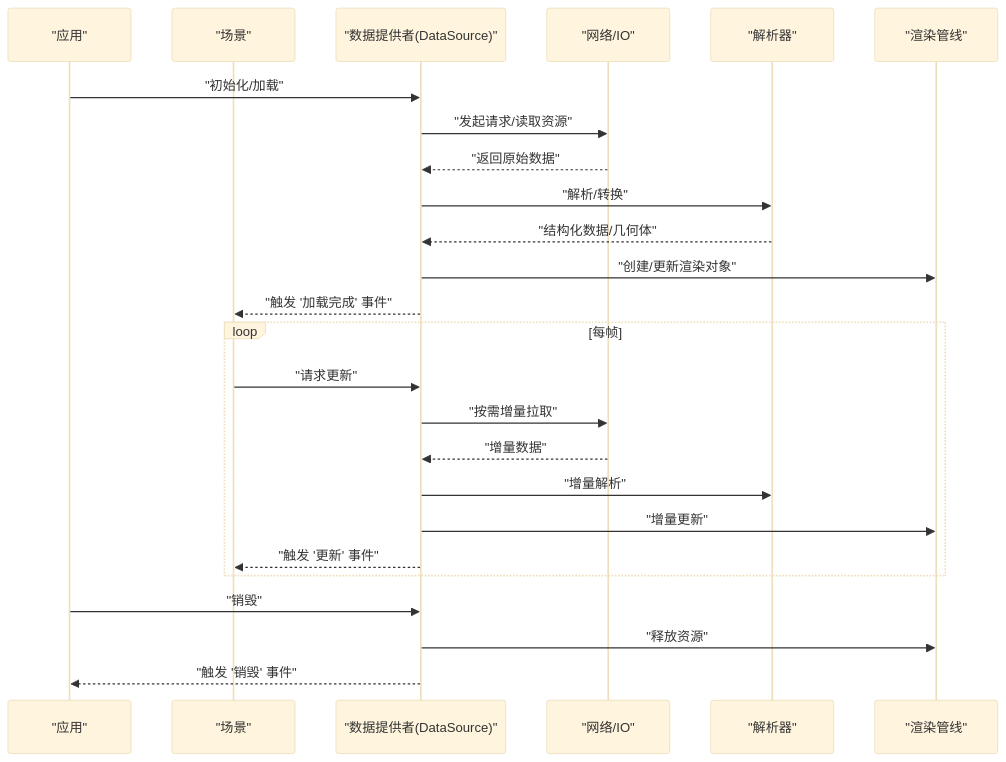
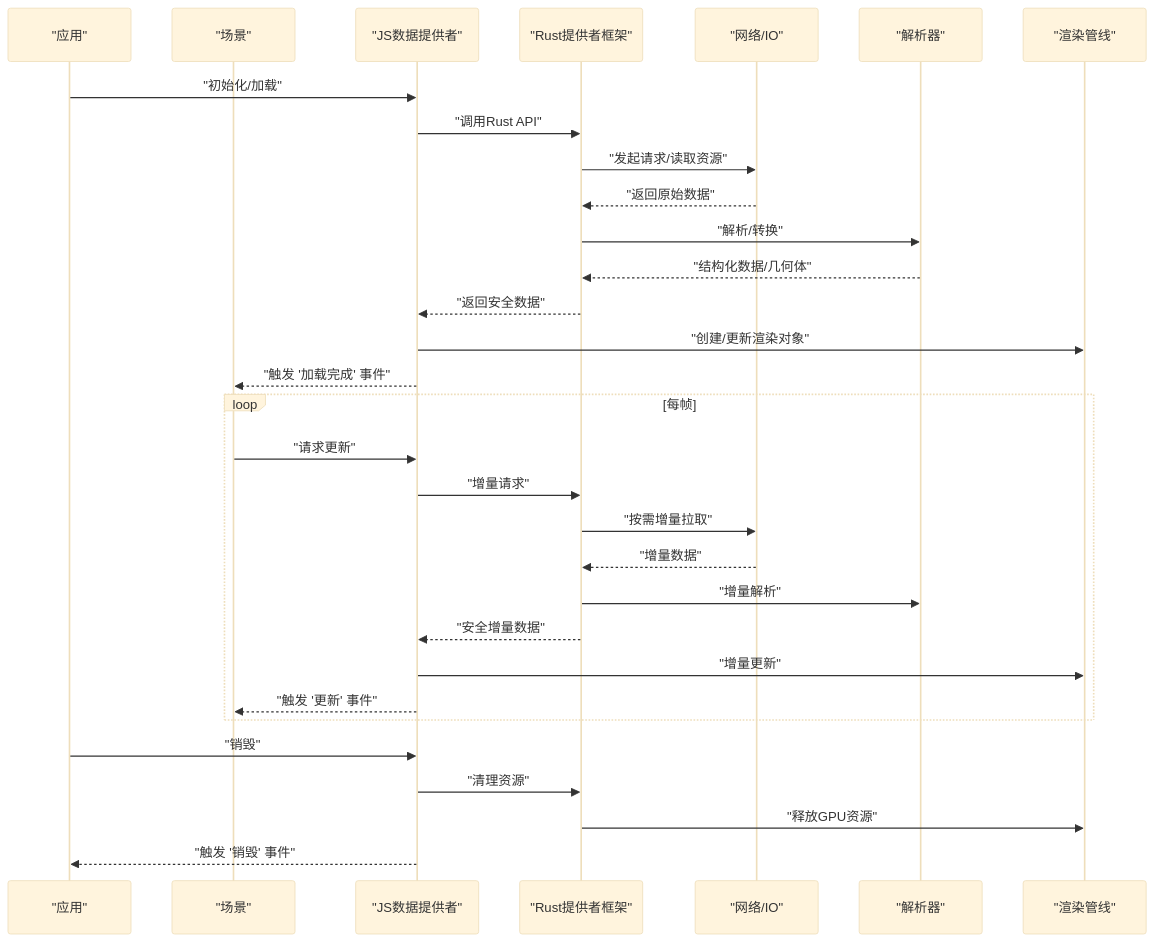
Before and after one commit to rzhangjing/cesium: the second of 6 diagrams in .qoder/repowiki/zh/content/数据提供者/数据提供者架构.md, drawn with Mermaid (base theme). The commit also changed other lines of this file and 74 other files, not shown here.

````diff
--- a/.qoder/repowiki/zh/content/数据提供者/数据提供者架构.md
+++ b/.qoder/repowiki/zh/content/数据提供者/数据提供者架构.md
@@ -68,27 +94,33 @@
 ```mermaid
 sequenceDiagram
 participant App as "应用"
 participant Scene as "场景"
-participant DS as "数据提供者(DataSource)"
+participant JS_DS as "JS数据提供者"
+participant Rust_Prov as "Rust提供者框架"
 participant Net as "网络/IO"
 participant Parser as "解析器"
 participant Render as "渲染管线"
-App->>DS : "初始化/加载"
-DS->>Net : "发起请求/读取资源"
-Net-->>DS : "返回原始数据"
-DS->>Parser : "解析/转换"
-Parser-->>DS : "结构化数据/几何体"
-DS->>Render : "创建/更新渲染对象"
-DS-->>Scene : "触发 '加载完成' 事件"
+App->>JS_DS : "初始化/加载"
+JS_DS->>Rust_Prov : "调用Rust API"
+Rust_Prov->>Net : "发起请求/读取资源"
+Net-->>Rust_Prov : "返回原始数据"
+Rust_Prov->>Parser : "解析/转换"
+Parser-->>Rust_Prov : "结构化数据/几何体"
+Rust_Prov-->>JS_DS : "返回安全数据"
+JS_DS->>Render : "创建/更新渲染对象"
+JS_DS-->>Scene : "触发 '加载完成' 事件"
 loop 每帧
-Scene->>DS : "请求更新"
-DS->>Net : "按需增量拉取"
-Net-->>DS : "增量数据"
-DS->>Parser : "增量解析"
-DS->>Render : "增量更新"
-DS-->>Scene : "触发 '更新' 事件"
+Scene->>JS_DS : "请求更新"
+JS_DS->>Rust_Prov : "增量请求"
+Rust_Prov->>Net : "按需增量拉取"
+Net-->>Rust_Prov : "增量数据"
+Rust_Prov->>Parser : "增量解析"
+Rust_Prov-->>JS_DS : "安全增量数据"
+JS_DS->>Render : "增量更新"
+JS_DS-->>Scene : "触发 '更新' 事件"
 end
-App->>DS : "销毁"
-DS->>Render : "释放资源"
-DS-->>App : "触发 '销毁' 事件"
+App->>JS_DS : "销毁"
+JS_DS->>Rust_Prov : "清理资源"
+Rust_Prov->>Render : "释放GPU资源"
+JS_DS-->>App : "触发 '销毁' 事件"
 ```
````
